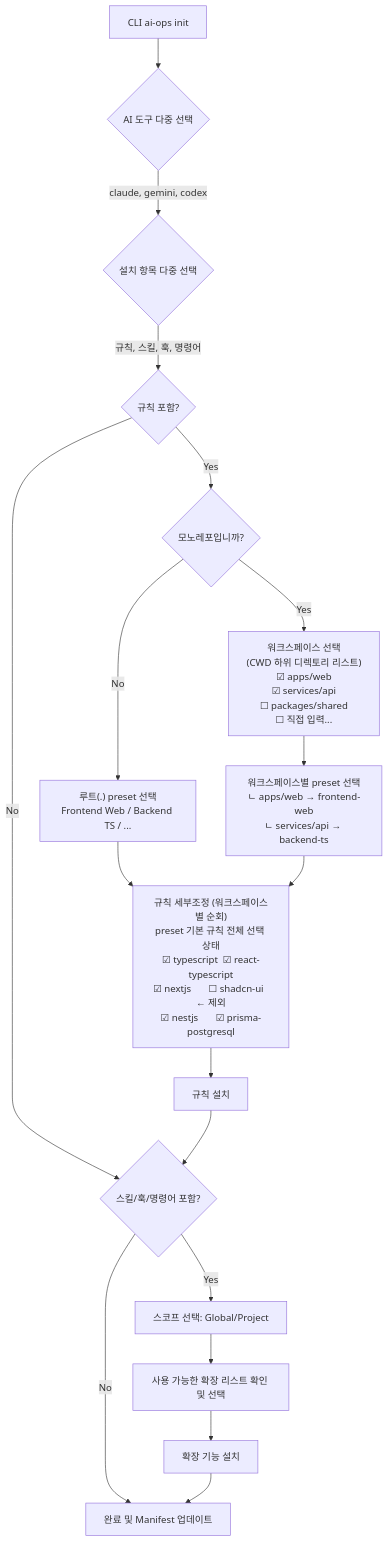
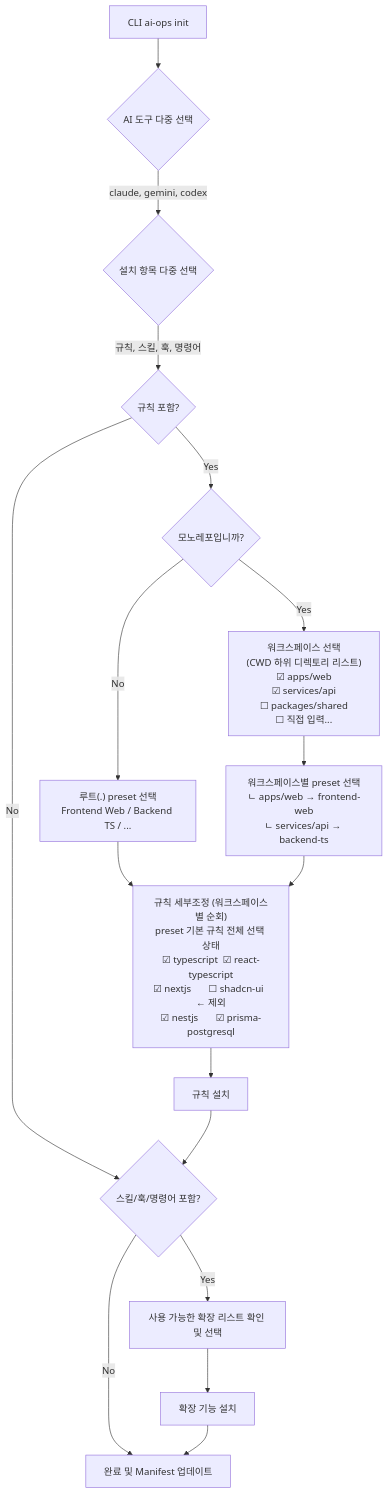
The diagram in docs/tui-flow-ai-init-plan.md (MincheolC/ai-ops-cli), drawn with Mermaid before and after one commit. The commit also changed other lines of this file and 15 other files, not shown here.

Commit message:
refactor(cli)!: remove global scope support

````diff
--- a/docs/tui-flow-ai-init-plan.md
+++ b/docs/tui-flow-ai-init-plan.md
@@ -26,40 +26,39 @@
 ```mermaid
 flowchart TD
     Start[CLI ai-ops init] --> AI_Tools{AI 도구 다중 선택}
     AI_Tools -->|"claude, gemini, codex"| Categories
 
     Categories{설치 항목 다중 선택}
     Categories -->|"규칙, 스킬, 훅, 명령어"| Has_Rules
 
     Has_Rules{규칙 포함?}
     Has_Rules -->|"Yes"| Is_Monorepo
     Has_Rules -->|"No"| Has_Exts
 
     %% 규칙 설치 플로우
     Is_Monorepo{모노레포입니까?}
     Is_Monorepo -->|"No"| Root_Preset["루트(.) preset 선택\nFrontend Web / Backend TS / ..."]
     Is_Monorepo -->|"Yes"| Select_Workspaces
 
     Select_Workspaces["워크스페이스 선택\n(CWD 하위 디렉토리 리스트)\n☑ apps/web\n☑ services/api\n☐ packages/shared\n☐ 직접 입력..."]
     Select_Workspaces --> Per_Workspace
 
     Per_Workspace["워크스페이스별 preset 선택\nㄴ apps/web → frontend-web\nㄴ services/api → backend-ts"]
 
     Root_Preset --> Fine_Tune
     Per_Workspace --> Fine_Tune
 
     Fine_Tune["규칙 세부조정 (워크스페이스별 순회)\npreset 기본 규칙 전체 선택 상태\n☑ typescript  ☑ react-typescript\n☑ nextjs       ☐ shadcn-ui  ← 제외\n☑ nestjs       ☑ prisma-postgresql"]
 
     Fine_Tune --> Install_Rules[규칙 설치]
     Install_Rules --> Has_Exts
 
     %% 확장 기능 (스킬, 훅, 명령어) 설치 플로우
     Has_Exts{스킬/훅/명령어 포함?}
-    Has_Exts -->|"Yes"| Ext_Scope[스코프 선택: Global/Project]
+    Has_Exts -->|"Yes"| Ext_Select[사용 가능한 확장 리스트 확인 및 선택]
     Has_Exts -->|"No"| Finalize
 
-    Ext_Scope --> Ext_Select[사용 가능한 확장 리스트 확인 및 선택]
     Ext_Select --> Install_Exts[확장 기능 설치]
 
     Install_Exts --> Finalize[완료 및 Manifest 업데이트]
 ```
````
